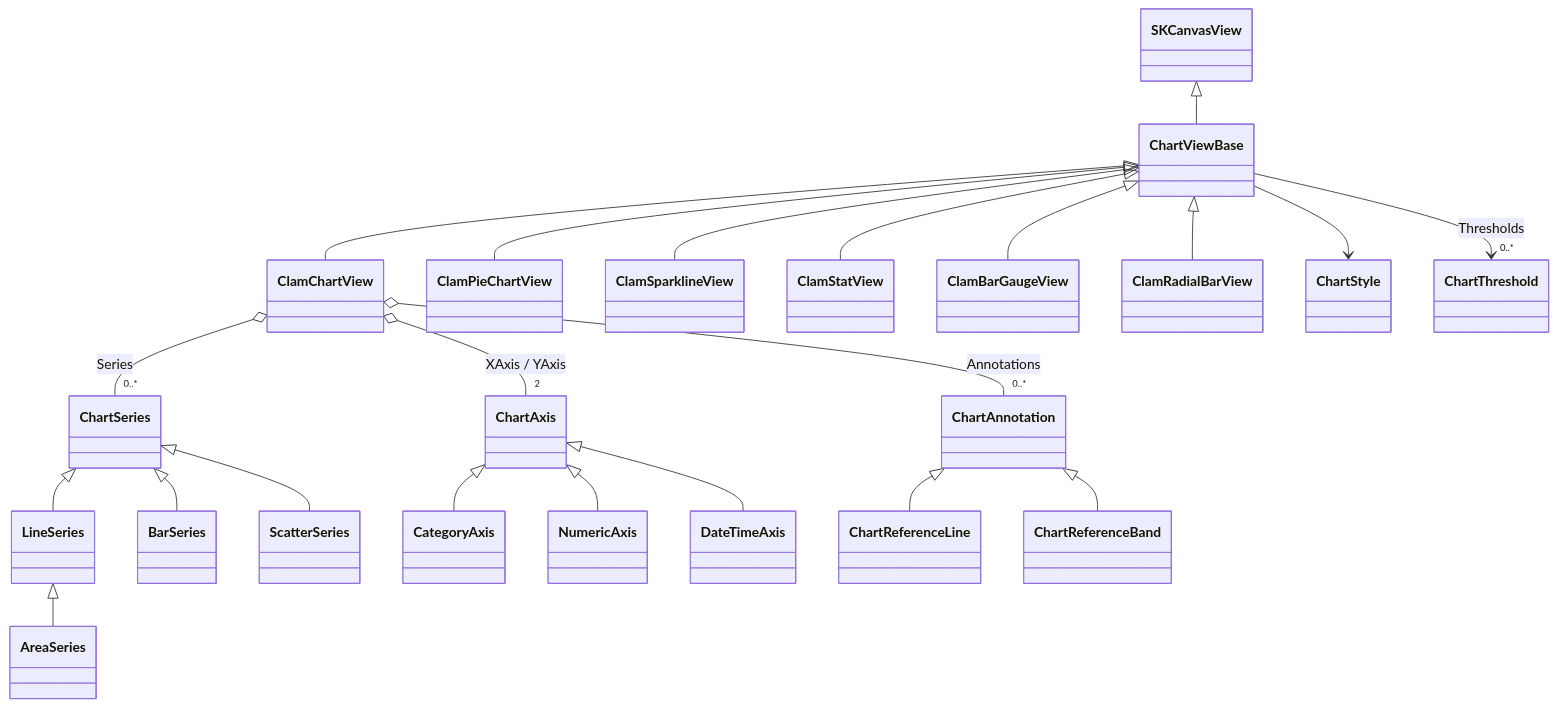
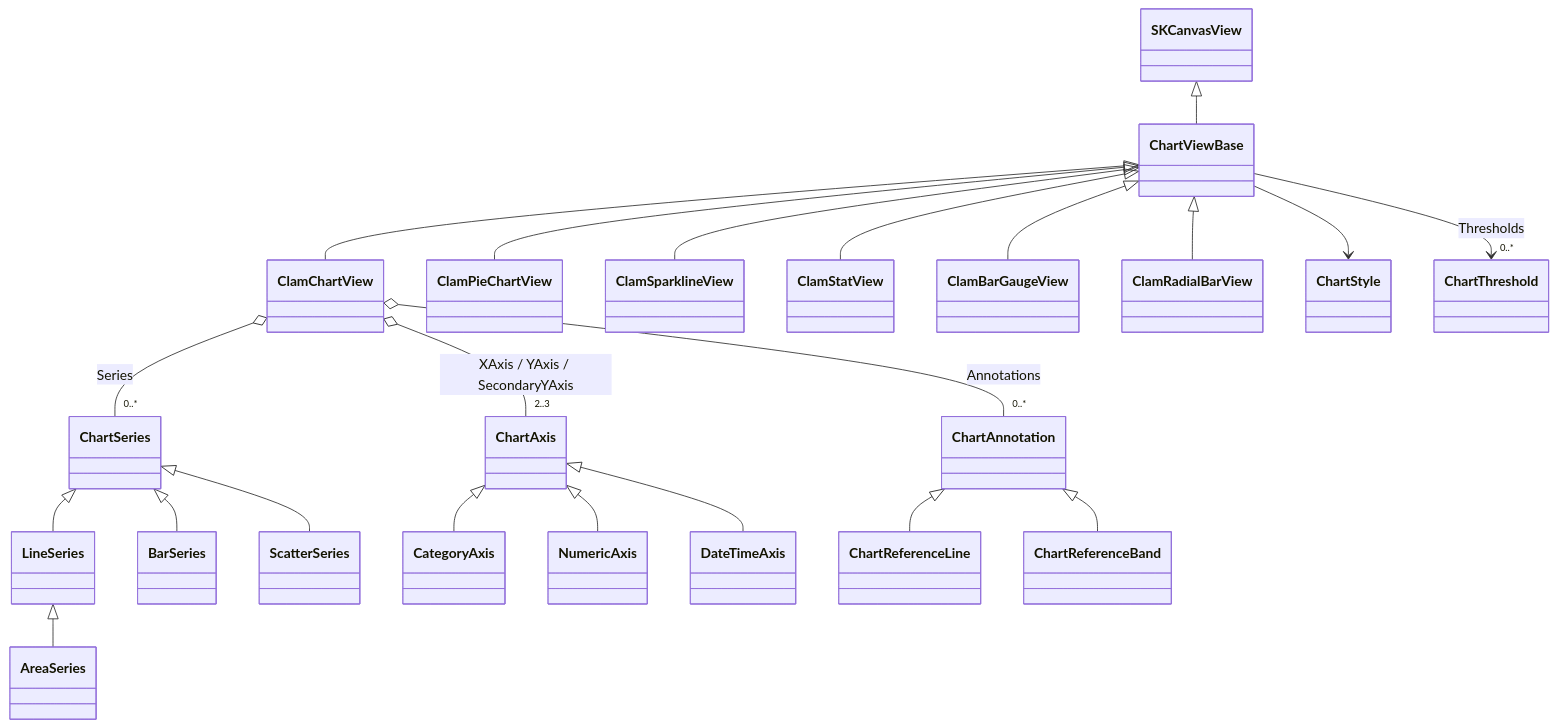
The first of 2 diagrams in Document/SPEC.md (usausa/clam-chart), drawn with Mermaid before and after one commit. The commit also changed other lines of this file, not shown here.

First line of the commit message:
Spec: add secondary Y axis, animation disabling, Grafana-style elements and notes

````diff
--- a/Document/SPEC.md
+++ b/Document/SPEC.md
@@ -197,24 +198,24 @@
 ```mermaid
 classDiagram
     SKCanvasView <|-- ChartViewBase
     ChartViewBase <|-- ClamChartView
     ChartViewBase <|-- ClamPieChartView
     ChartViewBase <|-- ClamSparklineView
     ChartViewBase <|-- ClamStatView
     ChartViewBase <|-- ClamBarGaugeView
     ChartViewBase <|-- ClamRadialBarView
     ClamChartView o-- "0..*" ChartSeries : Series
-    ClamChartView o-- "2" ChartAxis : XAxis / YAxis
+    ClamChartView o-- "2..3" ChartAxis : XAxis / YAxis / SecondaryYAxis
     ClamChartView o-- "0..*" ChartAnnotation : Annotations
     ChartSeries <|-- LineSeries
     LineSeries <|-- AreaSeries
     ChartSeries <|-- BarSeries
     ChartSeries <|-- ScatterSeries
     ChartAxis <|-- CategoryAxis
     ChartAxis <|-- NumericAxis
     ChartAxis <|-- DateTimeAxis
     ChartAnnotation <|-- ChartReferenceLine
     ChartAnnotation <|-- ChartReferenceBand
     ChartViewBase --> ChartStyle
     ChartViewBase --> "0..*" ChartThreshold : Thresholds
 ```
````
